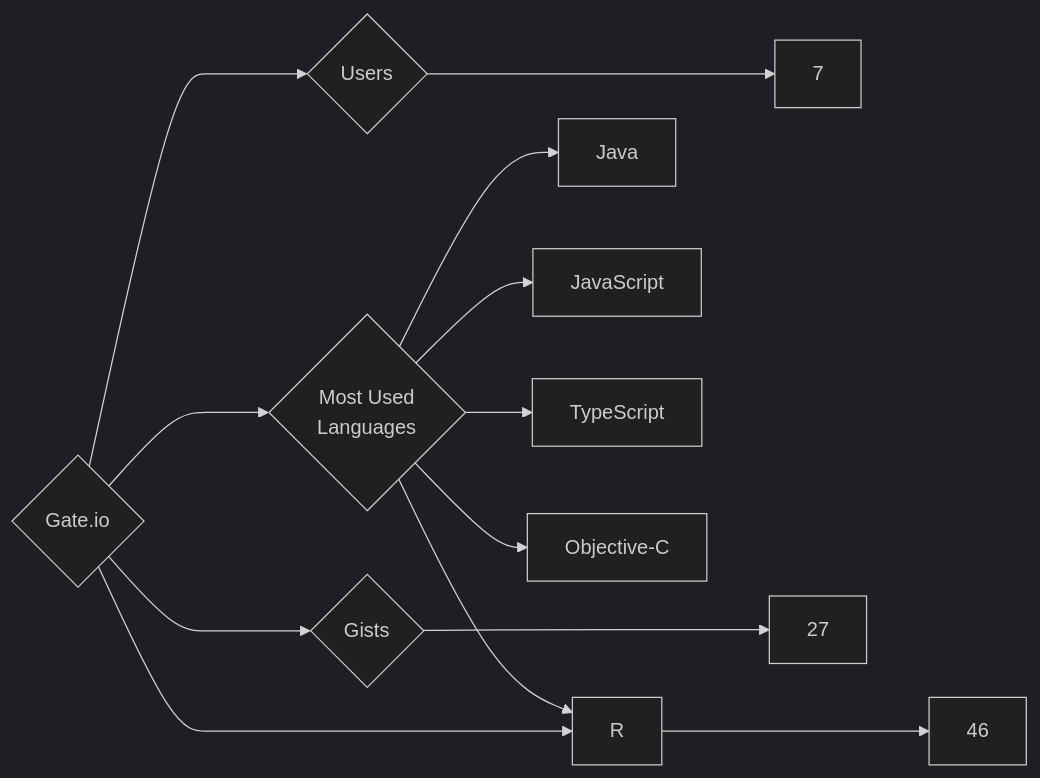
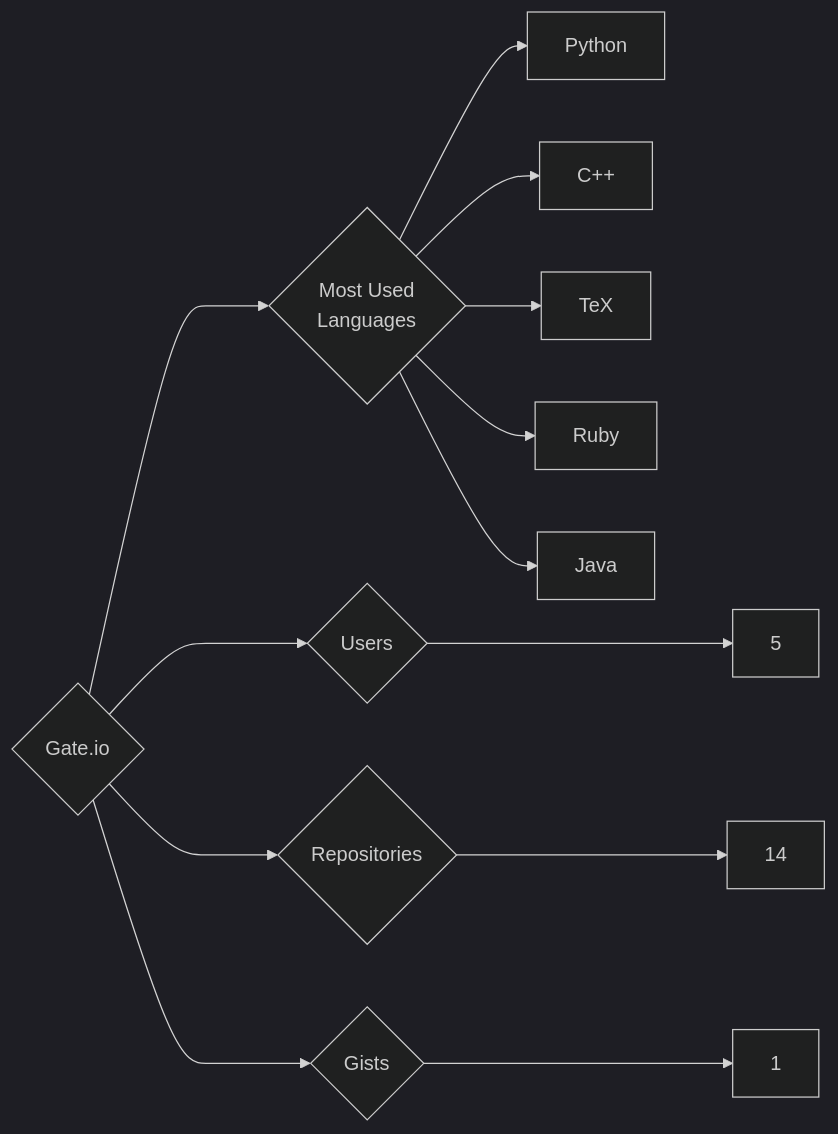
The diagram in targets/Gate.io/README.md (trickest/insiders), drawn with Mermaid (dark theme) before and after one commit. The commit also changed 1212 other files, not shown here.

````diff
--- a/targets/Gate.io/README.md
+++ b/targets/Gate.io/README.md
@@ -3,13 +3,13 @@
 ```mermaid
 graph LR
 COMPANY_NAME{Gate.io}
-COMPANY_NAME ---> U{Users} ---> UN[7]
-COMPANY_NAME ---> R{Repositories} ---> RN[46]
-COMPANY_NAME ---> G{Gists} ---> GN[27]
+COMPANY_NAME ---> U{Users} ---> UN[5]
+COMPANY_NAME ---> R{Repositories} ---> RN[14]
+COMPANY_NAME ---> G{Gists} ---> GN[1]
 COMPANY_NAME ---> ML{Most Used<br>Languages}
+ML --> Python[Python]
+ML --> C++[C++]
+ML --> TeX[TeX]
+ML --> Ruby[Ruby]
 ML --> Java[Java]
-ML --> JavaScript[JavaScript]
-ML --> TypeScript[TypeScript]
-ML --> R[R]
-ML --> Objective-C[Objective-C]
 ```
````
